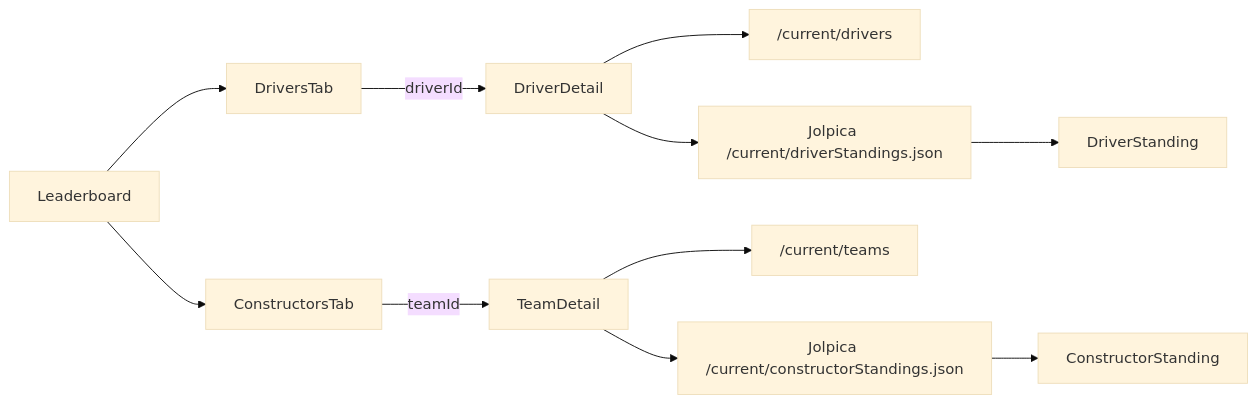
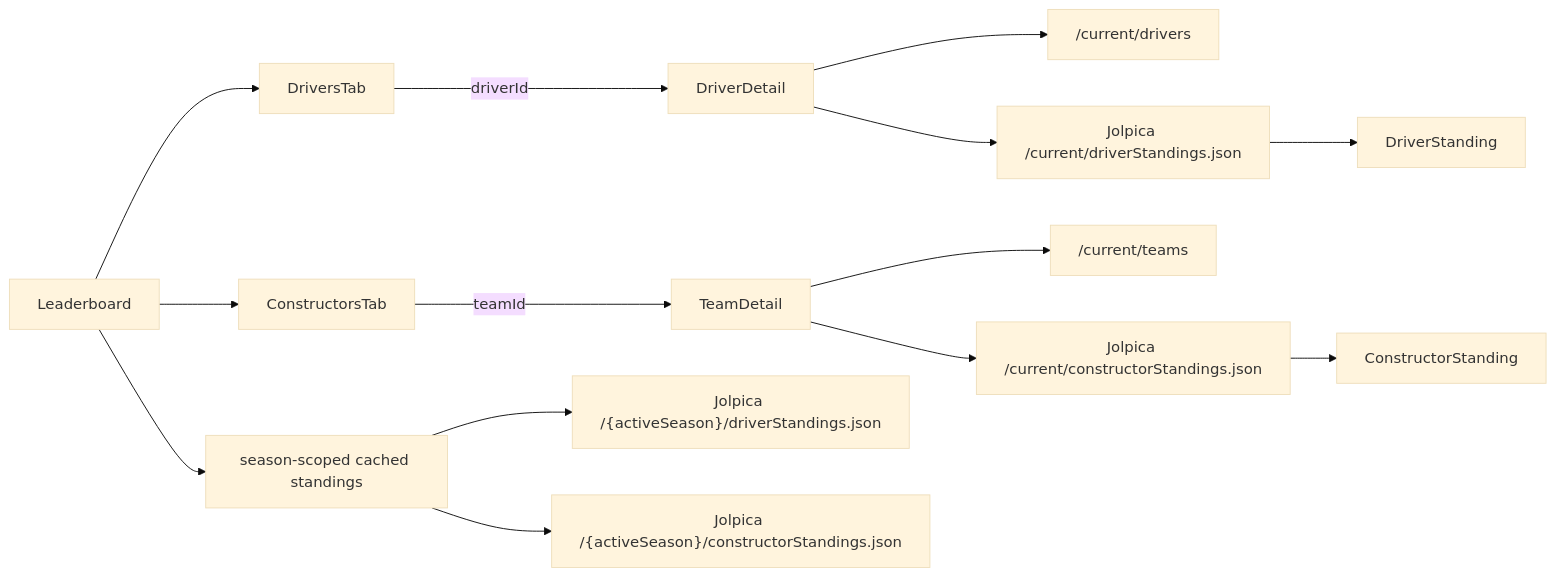
Before and after one commit to anpurnama11/my-f1-companion-app: the first of 2 diagrams in lode/leaderboard/summary.md, drawn with Mermaid (base theme). The commit also changed other lines of this file and 17 other files, not shown here.

Commit message:
feat(cache): cache current-season standings and next race

````diff
--- a/lode/leaderboard/summary.md
+++ b/lode/leaderboard/summary.md
@@ -29,13 +31,16 @@
 ```mermaid
 flowchart LR
   Leaderboard --> DriversTab
   Leaderboard --> ConstructorsTab
+  Leaderboard --> CachedStandings["season-scoped cached standings"]
   DriversTab -->|driverId| DriverDetail
   ConstructorsTab -->|teamId| TeamDetail
   DriverDetail --> DriversAPI["/current/drivers"]
   DriverDetail --> DriverChamp["Jolpica /current/driverStandings.json"]
   TeamDetail --> TeamsAPI["/current/teams"]
   TeamDetail --> TeamChamp["Jolpica /current/constructorStandings.json"]
+  CachedStandings --> YearDriverChamp["Jolpica /{activeSeason}/driverStandings.json"]
+  CachedStandings --> YearTeamChamp["Jolpica /{activeSeason}/constructorStandings.json"]
   DriverChamp --> DriverSnapshot[DriverStanding]
   TeamChamp --> TeamSnapshot[ConstructorStanding]
 ```
````
